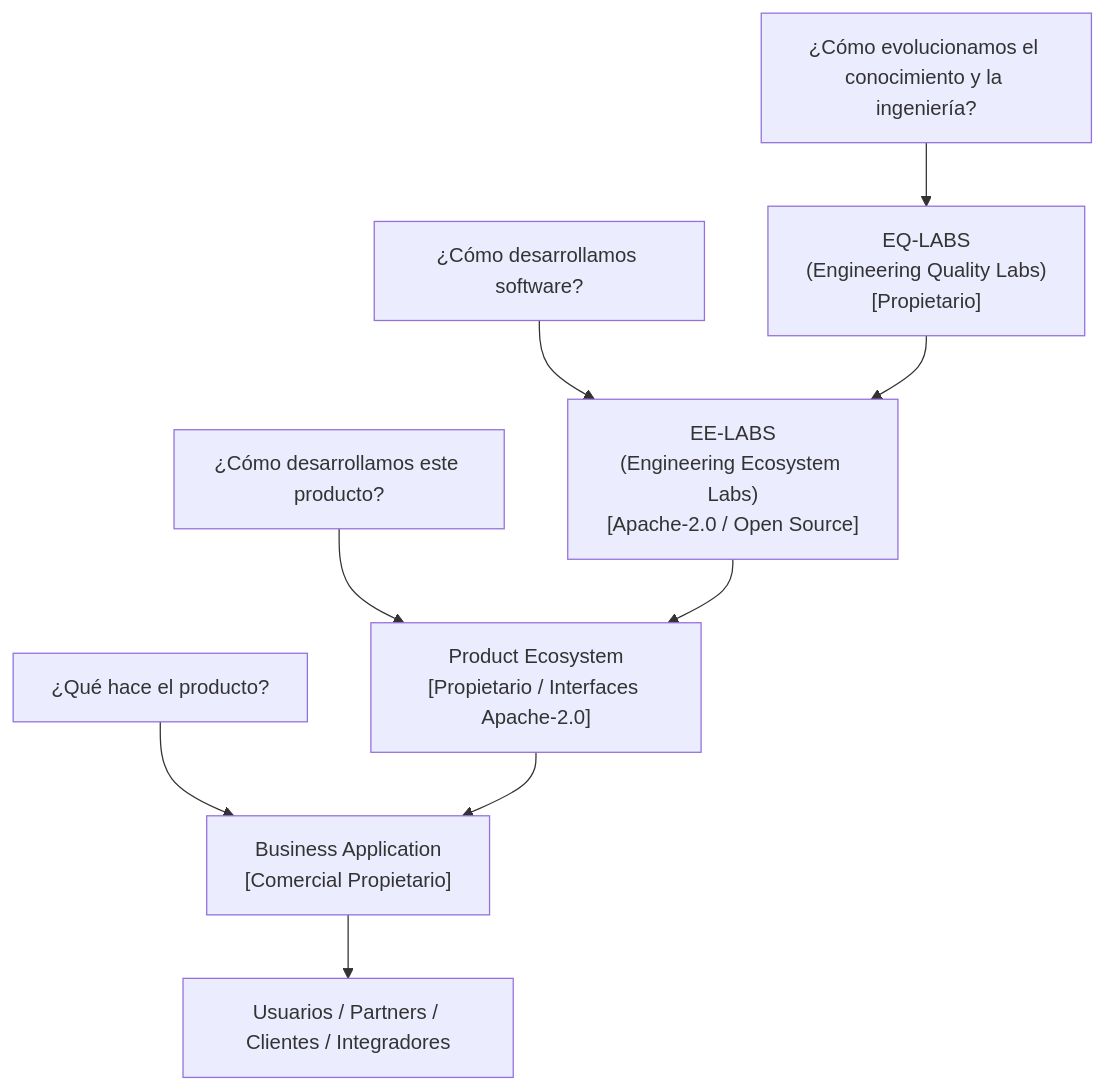
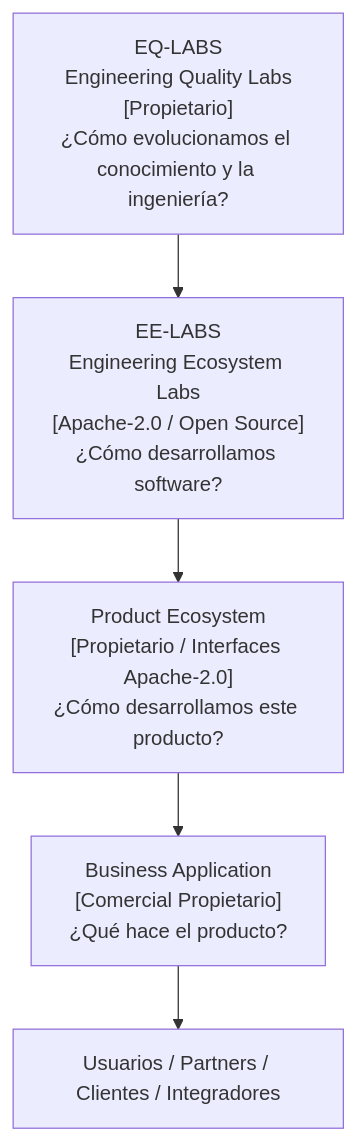
The first of 3 diagrams in docs/architecture/EE-DOC-003_Engineering_Ecosystem_Constitution.md (EQ-LABS-TECH/ee-monorepo), drawn with Mermaid before and after one commit. The commit also changed other lines of this file and 5 other files, not shown here.

````diff
--- a/docs/architecture/EE-DOC-003_Engineering_Ecosystem_Constitution.md
+++ b/docs/architecture/EE-DOC-003_Engineering_Ecosystem_Constitution.md
@@ -74,12 +78,13 @@
 ```mermaid
 flowchart TD
-    Q1["¿Cómo evolucionamos el conocimiento y la ingeniería?"] --> EQ["EQ-LABS\n(Engineering Quality Labs)\n[Propietario]"]
-    Q2["¿Cómo desarrollamos software?"] --> EE["EE-LABS\n(Engineering Ecosystem Labs)\n[Apache-2.0 / Open Source]"]
-    Q3["¿Cómo desarrollamos este producto?"] --> PE["Product Ecosystem\n[Propietario / Interfaces Apache-2.0]"]
-    Q4["¿Qué hace el producto?"] --> BA["Business Application\n[Comercial Propietario]"]
+    EQ["EQ-LABS<br/>Engineering Quality Labs<br/>[Propietario]<br/>¿Cómo evolucionamos el conocimiento y la ingeniería?"]
+    EE["EE-LABS<br/>Engineering Ecosystem Labs<br/>[Apache-2.0 / Open Source]<br/>¿Cómo desarrollamos software?"]
+    PE["Product Ecosystem<br/>[Propietario / Interfaces Apache-2.0]<br/>¿Cómo desarrollamos este producto?"]
+    BA["Business Application<br/>[Comercial Propietario]<br/>¿Qué hace el producto?"]
+    C["Usuarios / Partners / Clientes / Integradores"]
 
     EQ --> EE
     EE --> PE
     PE --> BA
-    BA --> C["Usuarios / Partners / Clientes / Integradores"]
+    BA --> C
 ```
````
